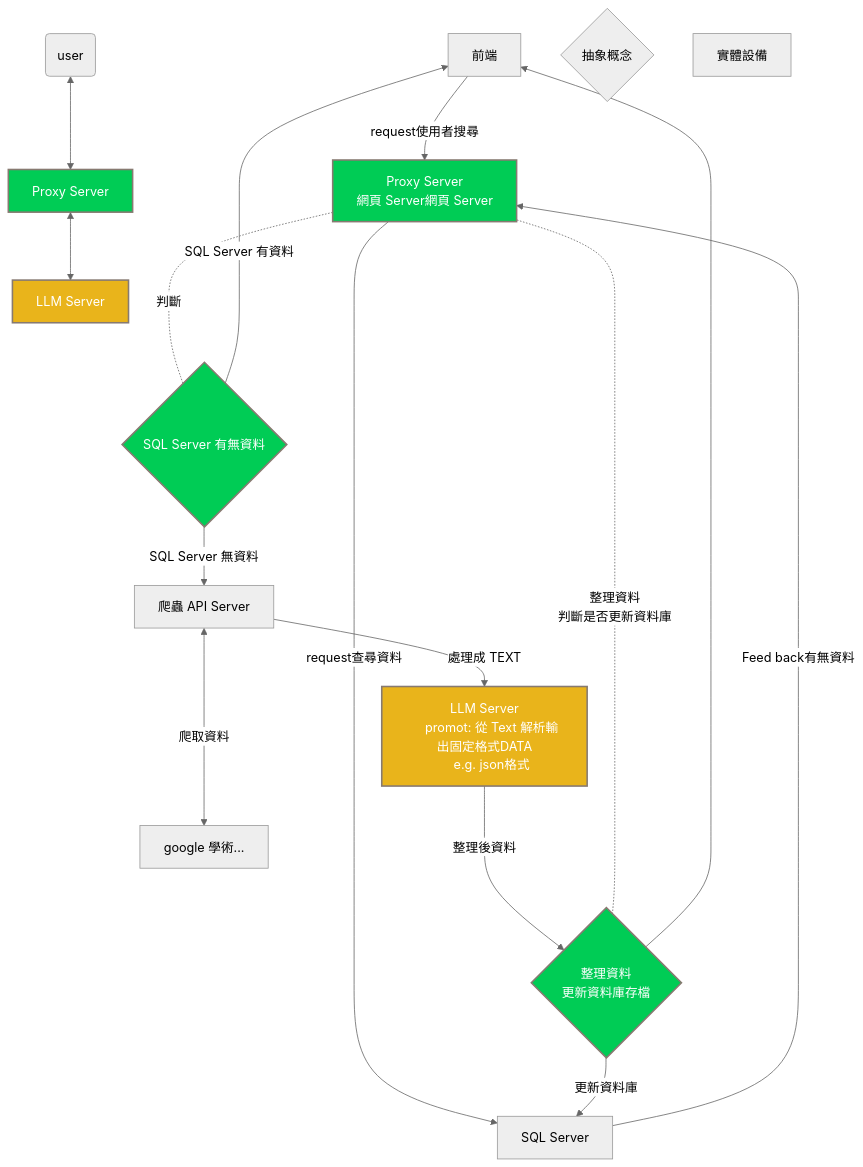
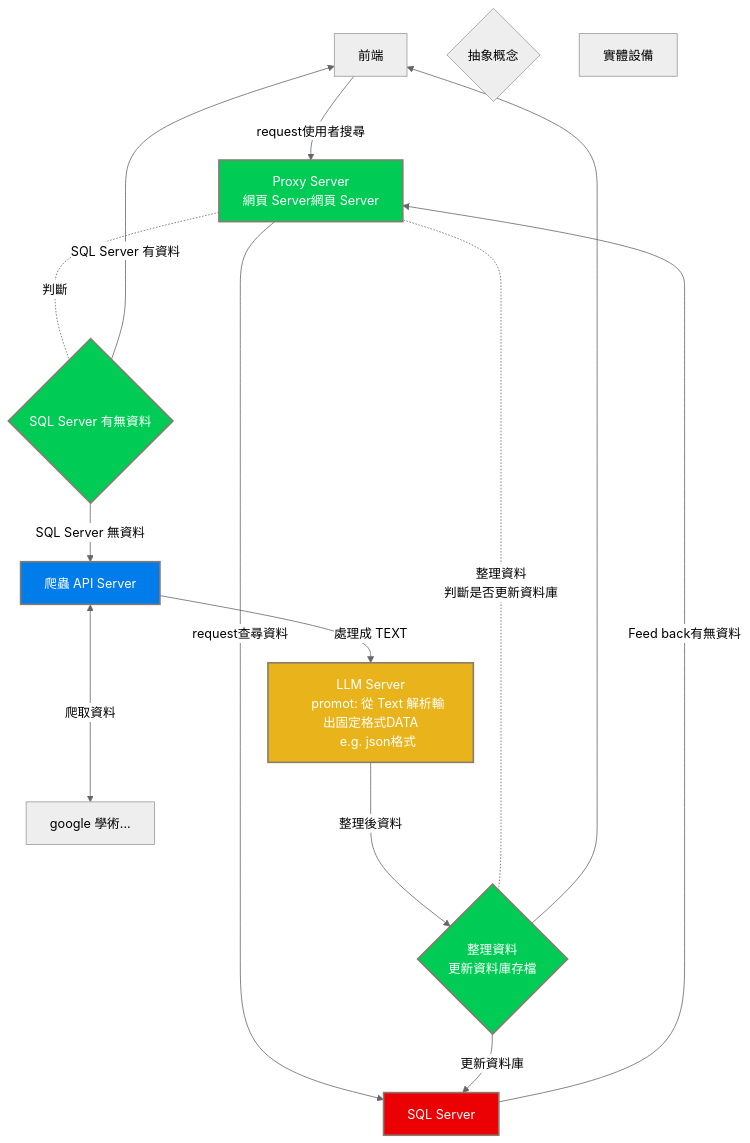
One commit to FUBUKINGFOX/promptdata changed the second of 2 diagrams in README.md. Above: the diagram before and after it, drawn with Mermaid (neutral theme). The commit also changed other lines of this file, not shown here.

````diff
--- a/README.md
+++ b/README.md
@@ -4,39 +22,37 @@
 ```mermaid
 flowchart TD
-    K(user)
-    I[Proxy Server]
-    J[LLM Server]
-
-    K <--> I <--> J
 
     A[前端] -->|request使用者搜尋| B[Proxy Server
     網頁 Server網頁 Server]
     B -->|request查尋資料| C[SQL Server]
     C -->|Feed back有無資料| B
     B -..- |判斷|D{SQL Server 有無資料}
     D -->|SQL Server 無資料|E[爬蟲 API Server]
     D -->|SQL Server 有資料| A
     E <--->|爬取資料| F[google 學術...]
     E --> |處理成 TEXT| G[LLM Server
     promot: 從 Text 解析輸出固定格式DATA
     e.g. json格式]
     G --->|整理後資料| H{整理資料
     更新資料庫存檔}
     H -.-|整理資料
     判斷是否更新資料庫| B
     H --> |更新資料庫|C
     H --> A
 
 
-    style I fill:#00CC55, stroke:#877a71, stroke-width:2px, color:#ffffff
+    
     style B fill:#00CC55, stroke:#877a71, stroke-width:2px, color:#ffffff
     style D fill:#00CC55, stroke:#877a71, stroke-width:2px, color:#ffffff
     style H fill:#00CC55, stroke:#877a71, stroke-width:2px, color:#ffffff
 
-    style J fill:#e9b41b, stroke:#877a71, stroke-width:2px, color:#ffffff
+    
     style G fill:#e9b41b, stroke:#877a71, stroke-width:2px, color:#ffffff
 
+    style C fill:#EB0004, stroke:#877a71, stroke-width:2px, color:#ffffff
+
+    style E fill:#007CEB, stroke:#877a71, stroke-width:2px, color:#ffffff
 
     Z{抽象概念}
     Y[實體設備]
 ```
````
